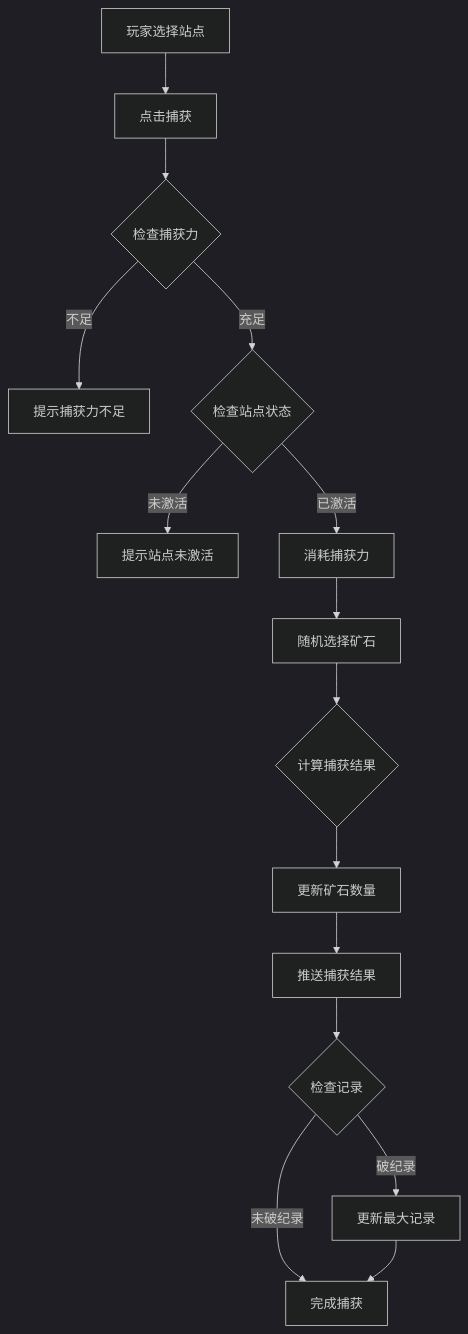
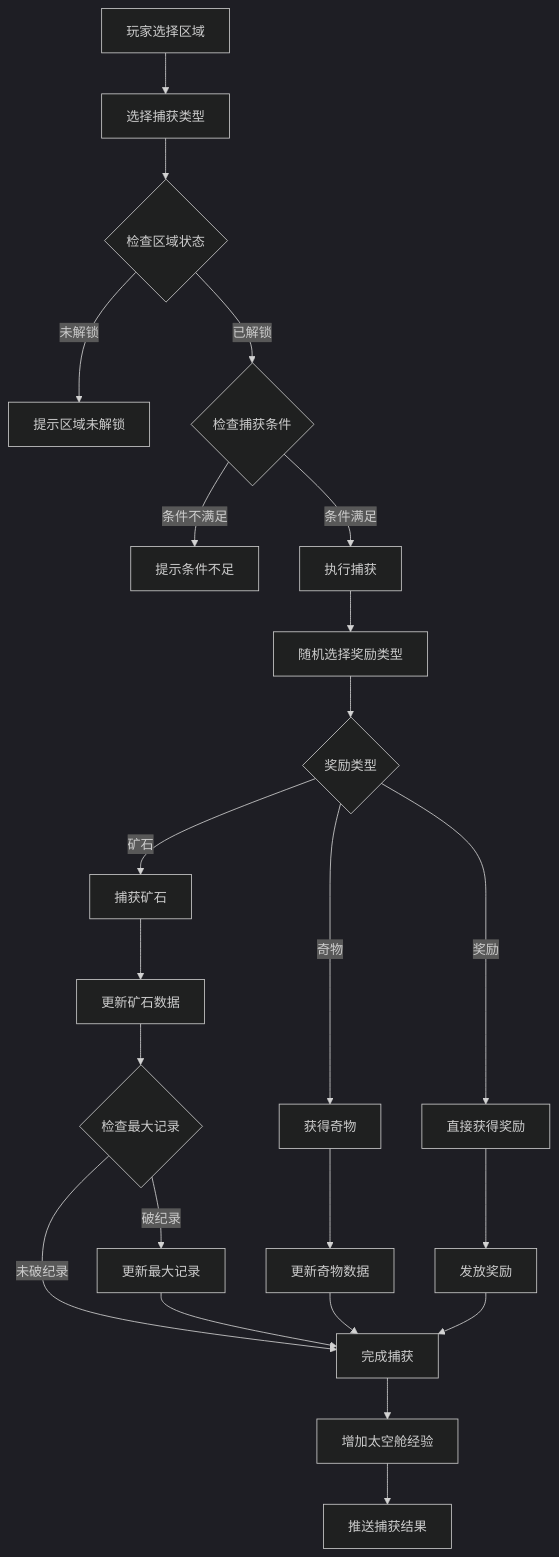
One commit to Alan-Ben/k2c_game_framework changed the second of 6 diagrams in docs/Module_TreasureHunt/05_完整说明.md. Above: the diagram before and after it, drawn with Mermaid (dark theme). The commit also changed other lines of this file and 5 other files, not shown here.

````diff
--- a/docs/Module_TreasureHunt/05_完整说明.md
+++ b/docs/Module_TreasureHunt/05_完整说明.md
@@ -67,17 +93,25 @@
 ```mermaid
 flowchart TD
-    A[玩家选择站点] --> B[点击捕获]
-    B --> C{检查捕获力}
-    C -->|不足| D[提示捕获力不足]
-    C -->|充足| E{检查站点状态}
-    E -->|未激活| F[提示站点未激活]
-    E -->|已激活| G[消耗捕获力]
-    G --> H[随机选择矿石]
-    H --> I{计算捕获结果}
-    I --> J[更新矿石数量]
-    J --> K[推送捕获结果]
-    K --> L{检查记录}
-    L -->|破纪录| M[更新最大记录]
-    L -->|未破纪录| N[完成捕获]
-    M --> N
+    A[玩家选择区域] --> B[选择捕获类型]
+    B --> C{检查区域状态}
+    C -->|未解锁| D[提示区域未解锁]
+    C -->|已解锁| E{检查捕获条件}
+    E -->|条件不满足| F[提示条件不足]
+    E -->|条件满足| G[执行捕获]
+    G --> H[随机选择奖励类型]
+    H --> I{奖励类型}
+    I -->|矿石| J[捕获矿石]
+    I -->|奇物| K[获得奇物]
+    I -->|奖励| L[直接获得奖励]
+    J --> M[更新矿石数据]
+    K --> N[更新奇物数据]
+    L --> O[发放奖励]
+    M --> P{检查最大记录}
+    P -->|破纪录| Q[更新最大记录]
+    P -->|未破纪录| R[完成捕获]
+    Q --> R
+    N --> R
+    O --> R
+    R --> S[增加太空舱经验]
+    S --> T[推送捕获结果]
 ```
````
